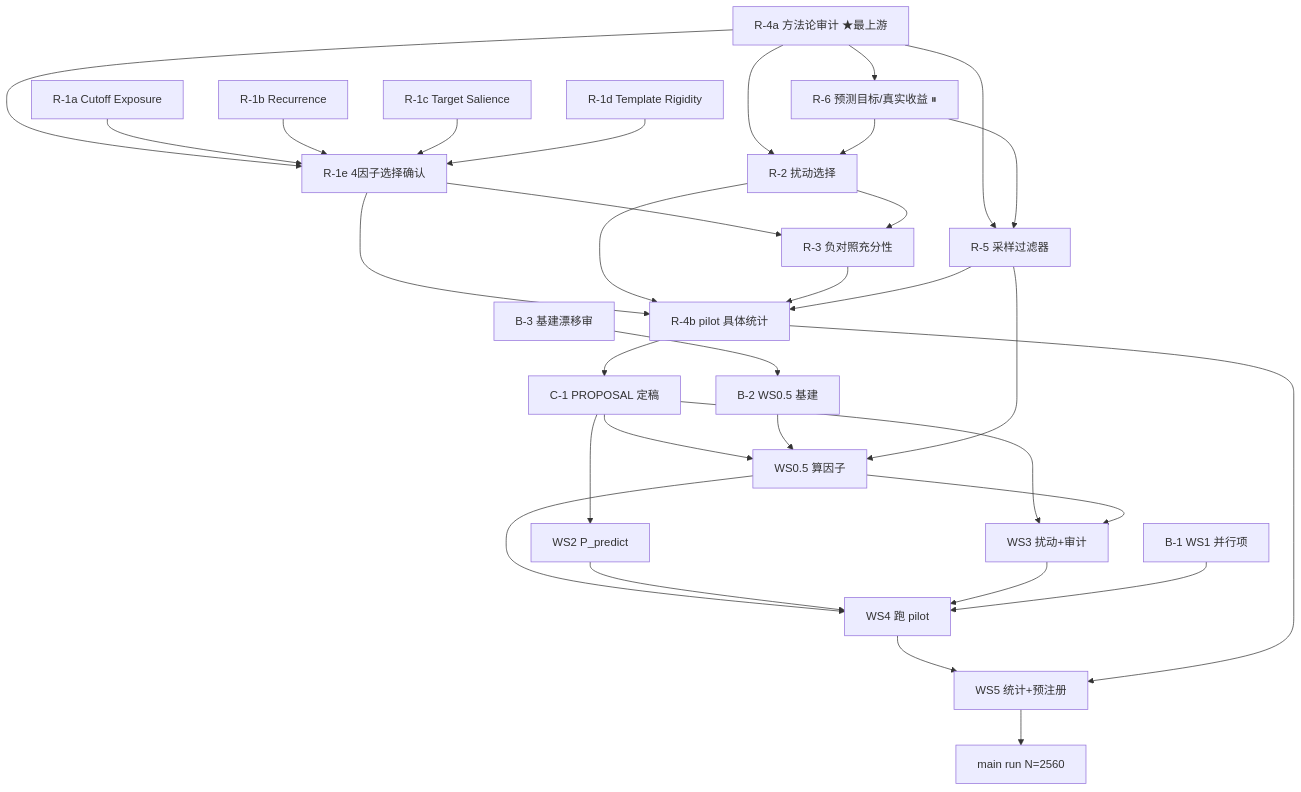
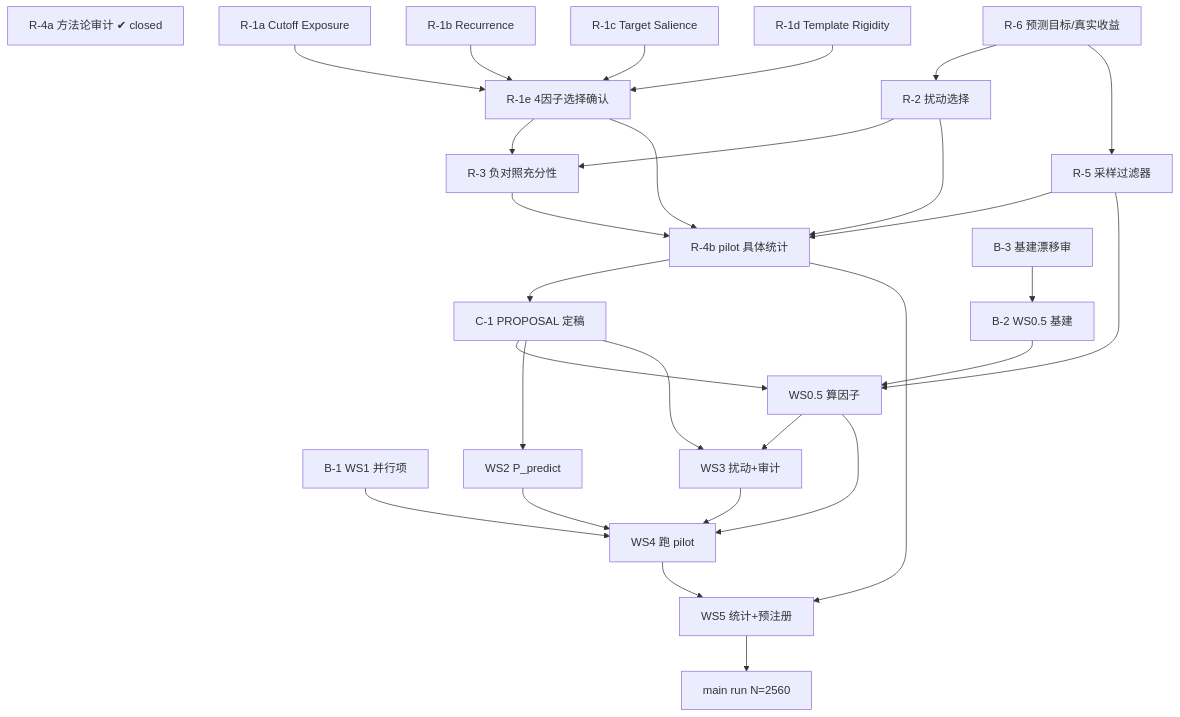
The diagram in plans/worktable.md (HDLiter/LLM-Leakage-Test), drawn with Mermaid before and after one commit. The commit also changed other lines of this file and 5 other files, not shown here.

````diff
--- a/plans/worktable.md
+++ b/plans/worktable.md
@@ -84,56 +97,52 @@
 ```mermaid
 flowchart TD
-    R4a["R-4a 方法论审计 ★最上游"]
-    R6["R-6 预测目标/真实收益 ⏸"]
+    R4a["R-4a 方法论审计 ✔ closed"]
+    R6["R-6 预测目标/真实收益"]
     R1a["R-1a Cutoff Exposure"]
     R1b["R-1b Recurrence"]
     R1c["R-1c Target Salience"]
     R1d["R-1d Template Rigidity"]
     R1e["R-1e 4因子选择确认"]
     R2["R-2 扰动选择"]
     R5["R-5 采样过滤器"]
     R3["R-3 负对照充分性"]
     R4b["R-4b pilot 具体统计"]
     B3["B-3 基建漂移审"]
     B2["B-2 WS0.5 基建"]
     B1["B-1 WS1 并行项"]
     C1["C-1 PROPOSAL 定稿"]
     WS05["WS0.5 算因子"]
     WS2["WS2 P_predict"]
     WS3["WS3 扰动+审计"]
     WS4["WS4 跑 pilot"]
     WS5["WS5 统计+预注册"]
     MAIN["main run N=2560"]
 
-    R4a --> R6
-    R4a --> R1e
-    R4a --> R2
-    R4a --> R5
     R1a --> R1e
     R1b --> R1e
     R1c --> R1e
     R1d --> R1e
     R6 --> R2
     R6 --> R5
     R1e --> R3
     R2 --> R3
     R1e --> R4b
     R2 --> R4b
     R3 --> R4b
     R5 --> R4b
     B3 --> B2
     R4b --> C1
     C1 --> WS05
     C1 --> WS2
     C1 --> WS3
     B2 --> WS05
     R5 --> WS05
     WS05 --> WS3
     WS05 --> WS4
     WS2 --> WS4
     WS3 --> WS4
     B1 --> WS4
     WS4 --> WS5
     R4b --> WS5
     WS5 --> MAIN
 ```
````
